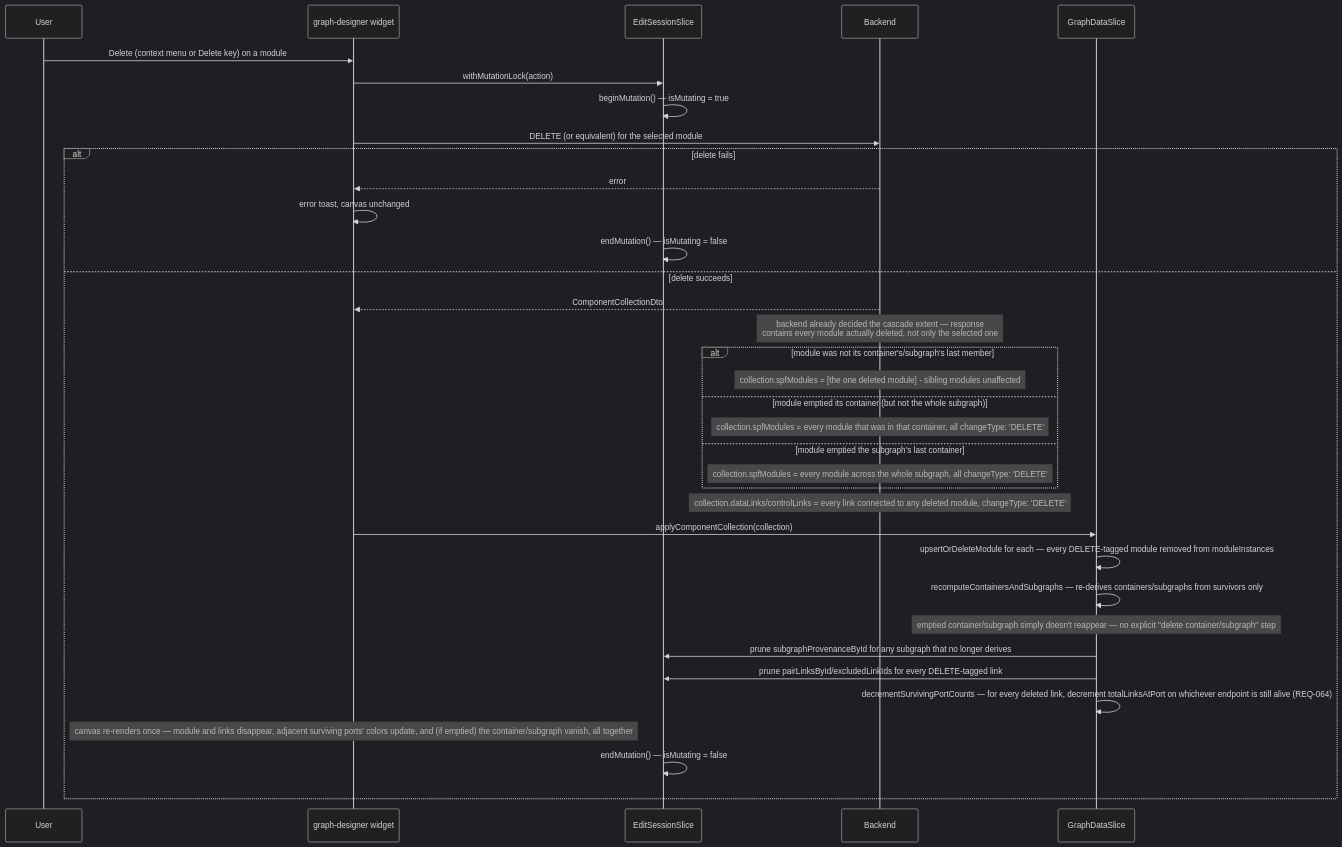
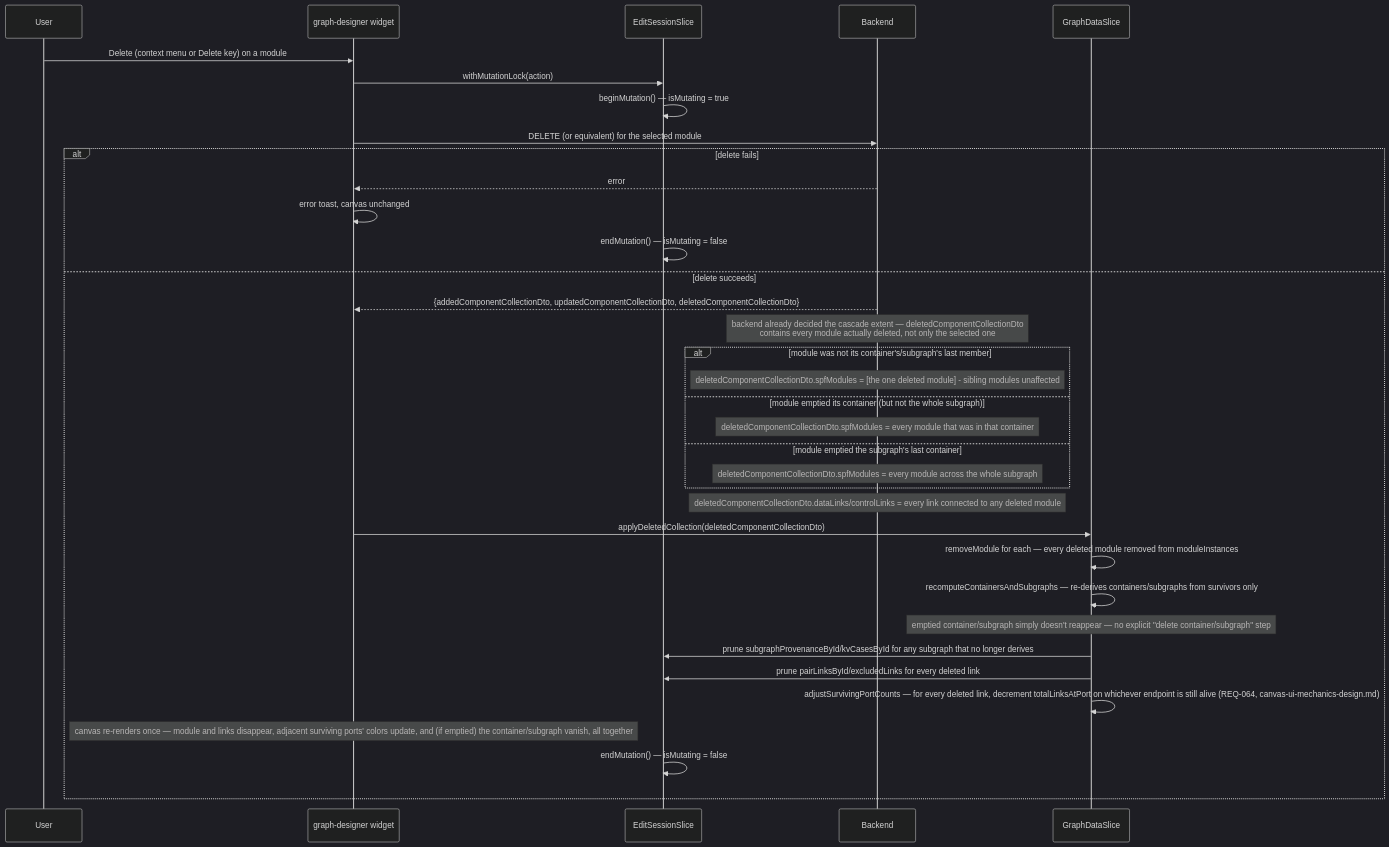
Before and after one commit to ramesh521/audioreach-creator-ui-2: the second of 3 diagrams in docs/graph-designer-edit/design/node-operations-design.md, drawn with Mermaid (dark theme). The commit also changed other lines of this file and 5 other files, not shown here.

````diff
--- a/docs/graph-designer-edit/design/node-operations-design.md
+++ b/docs/graph-designer-edit/design/node-operations-design.md
@@ -324,38 +419,38 @@
 ```mermaid
 sequenceDiagram
   participant U as User
   participant W as graph-designer widget
   participant ES as EditSessionSlice
   participant B as Backend
   participant GD as GraphDataSlice
 
   U->>W: Delete (context menu or Delete key) on a module
   W->>ES: withMutationLock(action)
   ES->>ES: beginMutation() — isMutating = true
   W->>B: DELETE (or equivalent) for the selected module
   alt delete fails
     B-->>W: error
     W->>W: error toast, canvas unchanged
     ES->>ES: endMutation() — isMutating = false
   else delete succeeds
-    B-->>W: ComponentCollectionDto
-    Note over B: backend already decided the cascade extent — response<br/>contains every module actually deleted, not only the selected one
+    B-->>W: {addedComponentCollectionDto, updatedComponentCollectionDto, deletedComponentCollectionDto}
+    Note over B: backend already decided the cascade extent — deletedComponentCollectionDto<br/>contains every module actually deleted, not only the selected one
     alt module was not its container's/subgraph's last member
-      Note over B: collection.spfModules = [the one deleted module] - sibling modules unaffected
+      Note over B: deletedComponentCollectionDto.spfModules = [the one deleted module] - sibling modules unaffected
     else module emptied its container (but not the whole subgraph)
-      Note over B: collection.spfModules = every module that was in that container, all changeType: 'DELETE'
+      Note over B: deletedComponentCollectionDto.spfModules = every module that was in that container
     else module emptied the subgraph's last container
-      Note over B: collection.spfModules = every module across the whole subgraph, all changeType: 'DELETE'
+      Note over B: deletedComponentCollectionDto.spfModules = every module across the whole subgraph
     end
-    Note over B: collection.dataLinks/controlLinks = every link connected to any deleted module, changeType: 'DELETE'
-    W->>GD: applyComponentCollection(collection)
-    GD->>GD: upsertOrDeleteModule for each — every DELETE-tagged module removed from moduleInstances
+    Note over B: deletedComponentCollectionDto.dataLinks/controlLinks = every link connected to any deleted module
+    W->>GD: applyDeletedCollection(deletedComponentCollectionDto)
+    GD->>GD: removeModule for each — every deleted module removed from moduleInstances
     GD->>GD: recomputeContainersAndSubgraphs — re-derives containers/subgraphs from survivors only
     Note over GD: emptied container/subgraph simply doesn't reappear — no explicit "delete container/subgraph" step
-    GD->>ES: prune subgraphProvenanceById for any subgraph that no longer derives
-    GD->>ES: prune pairLinksById/excludedLinkIds for every DELETE-tagged link
-    GD->>GD: decrementSurvivingPortCounts — for every deleted link, decrement totalLinksAtPort on whichever endpoint is still alive (REQ-064)
+    GD->>ES: prune subgraphProvenanceById/kvCasesById for any subgraph that no longer derives
+    GD->>ES: prune pairLinksById/excludedLinks for every deleted link
+    GD->>GD: adjustSurvivingPortCounts — for every deleted link, decrement totalLinksAtPort on whichever endpoint is still alive (REQ-064, canvas-ui-mechanics-design.md)
     Note over W: canvas re-renders once — module and links disappear, adjacent surviving ports' colors update, and (if emptied) the container/subgraph vanish, all together
     ES->>ES: endMutation() — isMutating = false
   end
 ```
````
